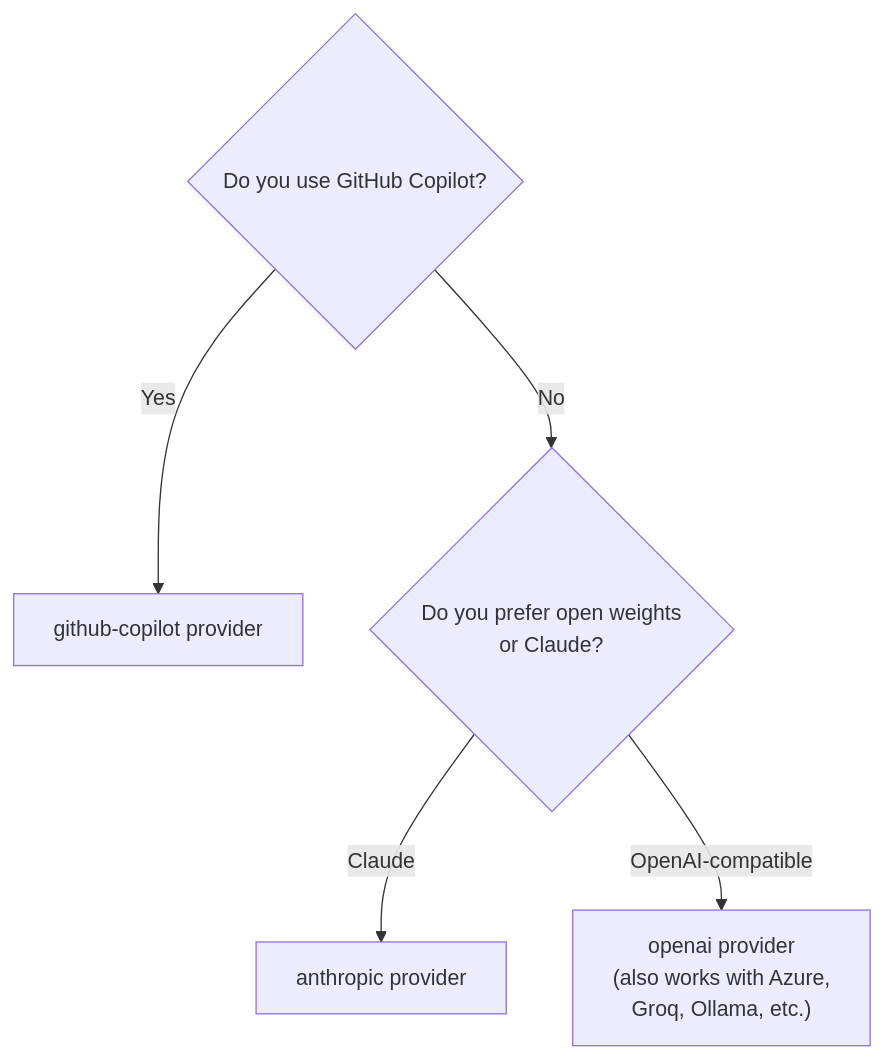
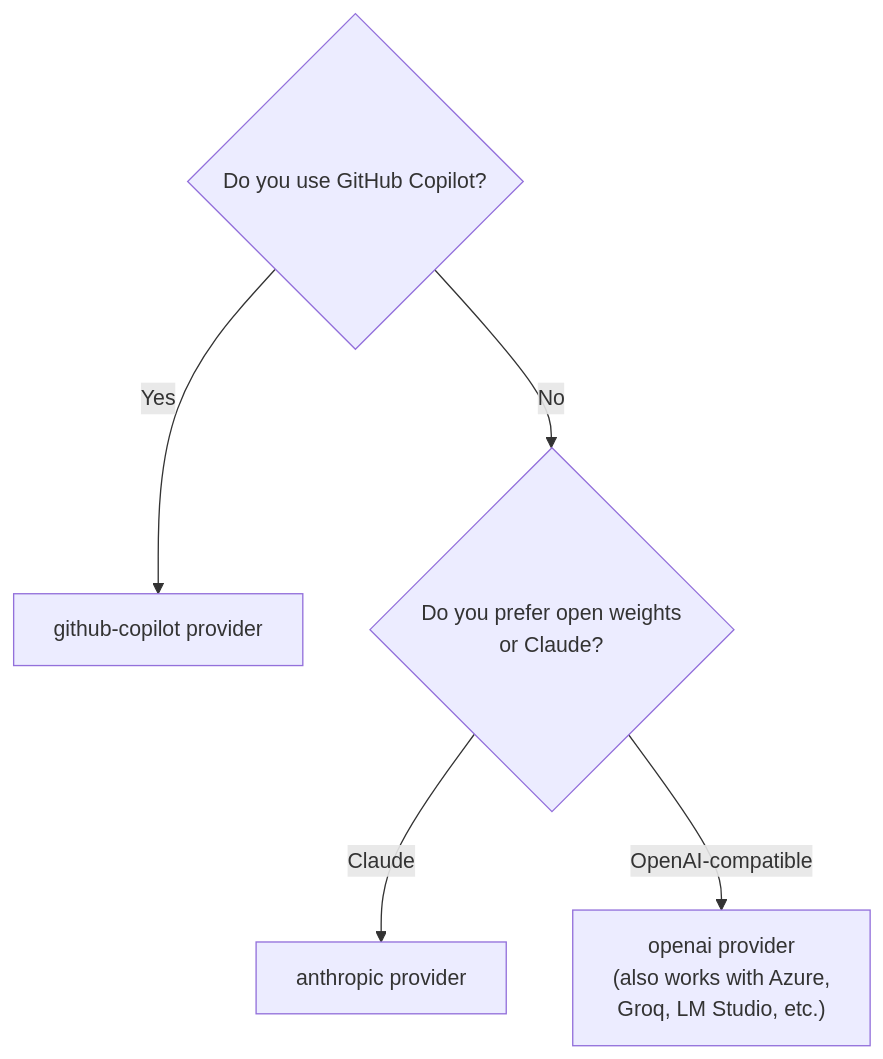
The second of 2 diagrams in doc/providers.md (LucaLanziani/langchain-go), drawn with Mermaid before and after one commit. The commit also changed other lines of this file and 35 other files, not shown here.

First line of the commit message:
refactor: drop Ollama provider in favor of OpenAI-compatible endpoints

````diff
--- a/doc/providers.md
+++ b/doc/providers.md
@@ -344,8 +344,8 @@
 ```mermaid
 flowchart TD
     Q1{"Do you use GitHub Copilot?"}
     Q1 -- Yes --> Copilot["github-copilot provider"]
     Q1 -- No --> Q2{"Do you prefer open weights\nor Claude?"}
     Q2 -- Claude --> Anthropic["anthropic provider"]
-    Q2 -- OpenAI-compatible --> OpenAI["openai provider\n(also works with Azure,\nGroq, Ollama, etc.)"]
+    Q2 -- OpenAI-compatible --> OpenAI["openai provider\n(also works with Azure,\nGroq, LM Studio, etc.)"]
 ```
````
